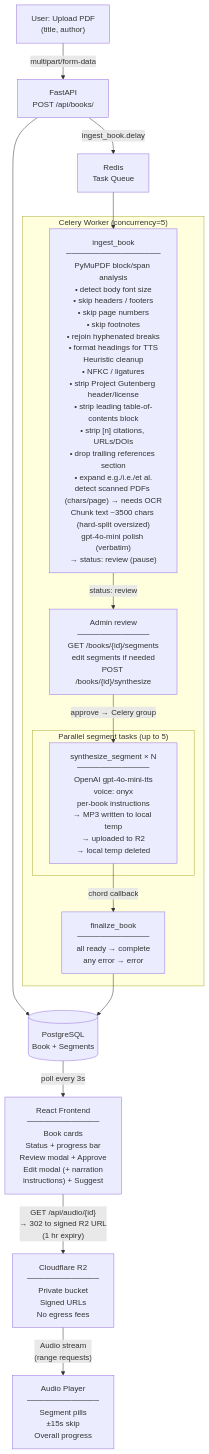
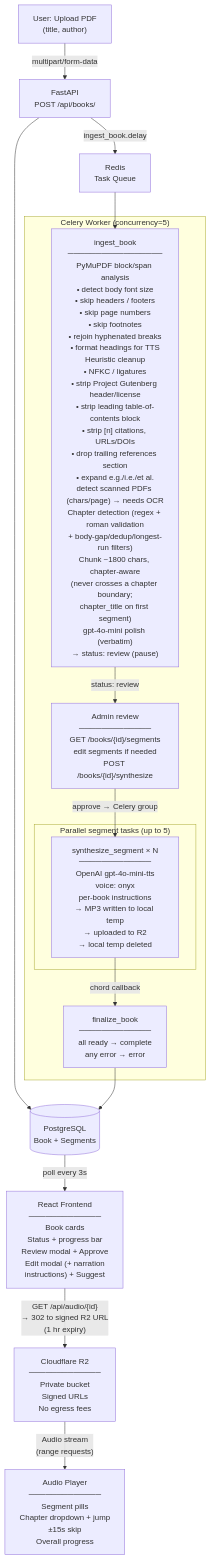
One commit to antispiraldev/AudioBookLib changed the diagram in PIPELINE.md. Above: the diagram before and after it, drawn with Mermaid. The commit also changed 11 other files, not shown here.

First line of the commit message:
feat: chapter-aware chunking, 1800-char segments, player chapter nav

````diff
--- a/PIPELINE.md
+++ b/PIPELINE.md
@@ -3,36 +3,36 @@
 ```mermaid
 flowchart TD
     Upload["User: Upload PDF\n(title, author)"]
     API["FastAPI\nPOST /api/books/"]
     DB[("PostgreSQL\nBook + Segments")]
     Queue["Redis\nTask Queue"]
 
     Upload -->|multipart/form-data| API
     API --> DB
     API -->|ingest_book.delay| Queue
 
     Queue --> Ingest
 
     subgraph Worker ["Celery Worker (concurrency=5)"]
-        Ingest["ingest_book\n─────────────────\nPyMuPDF block/span analysis\n• detect body font size\n• skip headers / footers\n• skip page numbers\n• skip footnotes\n• rejoin hyphenated breaks\n• format headings for TTS\nHeuristic cleanup\n• NFKC / ligatures\n• strip Project Gutenberg header/license\n• strip leading table-of-contents block\n• strip [n] citations, URLs/DOIs\n• drop trailing references section\n• expand e.g./i.e./et al.\ndetect scanned PDFs (chars/page) → needs OCR\nChunk text ~3500 chars (hard-split oversized)\ngpt-4o-mini polish (verbatim)\n→ status: review (pause)"]
+        Ingest["ingest_book\n─────────────────\nPyMuPDF block/span analysis\n• detect body font size\n• skip headers / footers\n• skip page numbers\n• skip footnotes\n• rejoin hyphenated breaks\n• format headings for TTS\nHeuristic cleanup\n• NFKC / ligatures\n• strip Project Gutenberg header/license\n• strip leading table-of-contents block\n• strip [n] citations, URLs/DOIs\n• drop trailing references section\n• expand e.g./i.e./et al.\ndetect scanned PDFs (chars/page) → needs OCR\nChapter detection (regex + roman validation\n+ body-gap/dedup/longest-run filters)\nChunk ~1800 chars, chapter-aware\n(never crosses a chapter boundary;\nchapter_title on first segment)\ngpt-4o-mini polish (verbatim)\n→ status: review (pause)"]
 
         Review["Admin review\n─────────────\nGET /books/{id}/segments\nedit segments if needed\nPOST /books/{id}/synthesize"]
         Ingest -->|"status: review"| Review
         Review -->|"approve → Celery group"| Synth
 
         subgraph Parallel ["Parallel segment tasks (up to 5)"]
             Synth["synthesize_segment × N\n─────────────\nOpenAI gpt-4o-mini-tts\nvoice: onyx\nper-book instructions\n→ MP3 written to local temp\n→ uploaded to R2\n→ local temp deleted"]
         end
 
         Synth -->|"chord callback"| Finalize
         Finalize["finalize_book\n─────────────\nall ready → complete\nany error  → error"]
     end
 
     Finalize --> DB
 
     DB -->|"poll every 3s"| Frontend
     Frontend["React Frontend\n─────────────\nBook cards\nStatus + progress bar\nReview modal + Approve\nEdit modal (+ narration\ninstructions) + Suggest"]
     Frontend -->|"GET /api/audio/{id}\n→ 302 to signed R2 URL\n(1 hr expiry)"| R2
     R2["Cloudflare R2\n─────────────\nPrivate bucket\nSigned URLs\nNo egress fees"]
-    R2 -->|"Audio stream\n(range requests)"| Player["Audio Player\n─────────────\nSegment pills\n±15s skip\nOverall progress"]
+    R2 -->|"Audio stream\n(range requests)"| Player["Audio Player\n─────────────\nSegment pills\nChapter dropdown + jump\n±15s skip\nOverall progress"]
 ```
````
